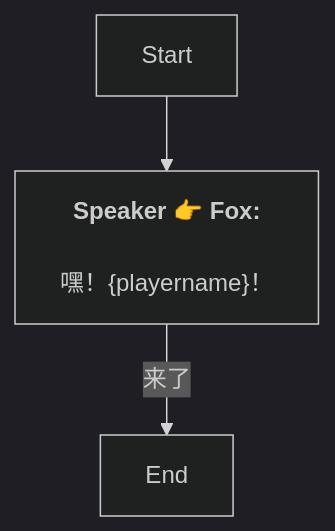
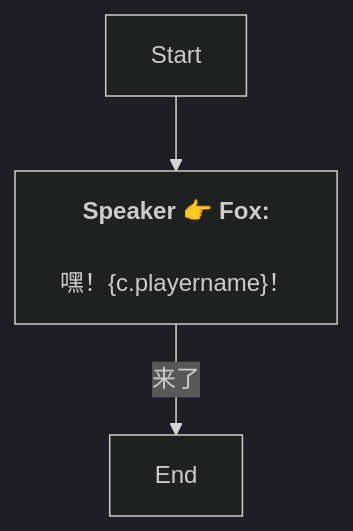
One commit to SoftHu/tos_avg changed the diagram in Zh/QuestStartTalkENode_1751813638943161.md. Above: the diagram before and after it, drawn with Mermaid (dark theme). The commit also changed 410 other files, not shown here.

````diff
--- a/Zh/QuestStartTalkENode_1751813638943161.md
+++ b/Zh/QuestStartTalkENode_1751813638943161.md
@@ -1,7 +1,7 @@
 ```mermaid
 graph
 Start -->1751814007493088[<b>Speaker 👉 Fox:</b>
-\n嘿！&lbrace;playername&rbrace;！]
+\n嘿！&lbrace;c.playername&rbrace;！]
 1751814007493088 -->|来了|1751814479853030[End]
 
 ```
````
